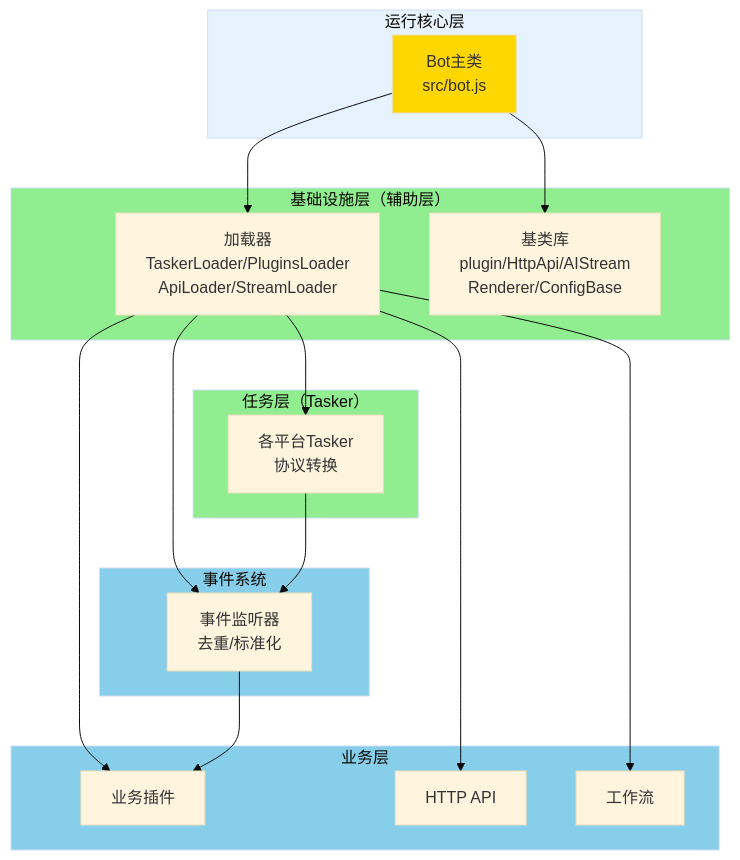
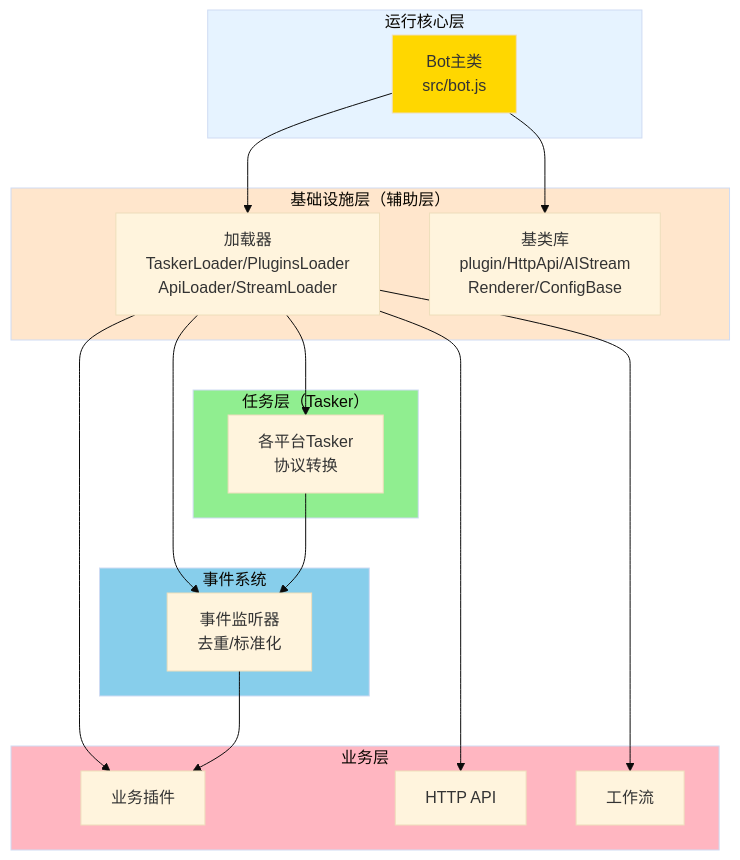
Before and after one commit to sunflowermm/XRK-AGT: the diagram in docs/README.md, drawn with Mermaid (base theme). The commit also changed other lines of this file and 18 other files, not shown here.

````diff
--- a/docs/README.md
+++ b/docs/README.md
@@ -21,45 +21,43 @@
 ```mermaid
 flowchart TB
     subgraph Runtime["运行核心层"]
         Bot["Bot主类<br/>src/bot.js"]
     end
     
     subgraph Infra["基础设施层（辅助层）"]
         Loaders["加载器<br/>TaskerLoader/PluginsLoader<br/>ApiLoader/StreamLoader"]
         BaseClasses["基类库<br/>plugin/HttpApi/AIStream<br/>Renderer/ConfigBase"]
     end
     
     subgraph Tasker["任务层（Tasker）"]
         Taskers["各平台Tasker<br/>协议转换"]
     end
     
     subgraph Events["事件系统"]
         Listeners["事件监听器<br/>去重/标准化"]
     end
     
     subgraph Business["业务层"]
         Plugins["业务插件"]
         APIs["HTTP API"]
         Streams["工作流"]
     end
     
     Bot --> Loaders
     Bot --> BaseClasses
     Loaders --> Taskers
     Loaders --> Listeners
     Loaders --> Plugins
     Loaders --> APIs
     Loaders --> Streams
     Taskers --> Listeners
     Listeners --> Plugins
     
     style Runtime fill:#E6F3FF
     style Infra fill:#FFE6CC
     style Tasker fill:#90EE90
     style Events fill:#87CEEB
     style Business fill:#FFB6C1
     
     style Bot fill:#FFD700
-    style Infra fill:#90EE90
-    style Business fill:#87CEEB
 ```
````
